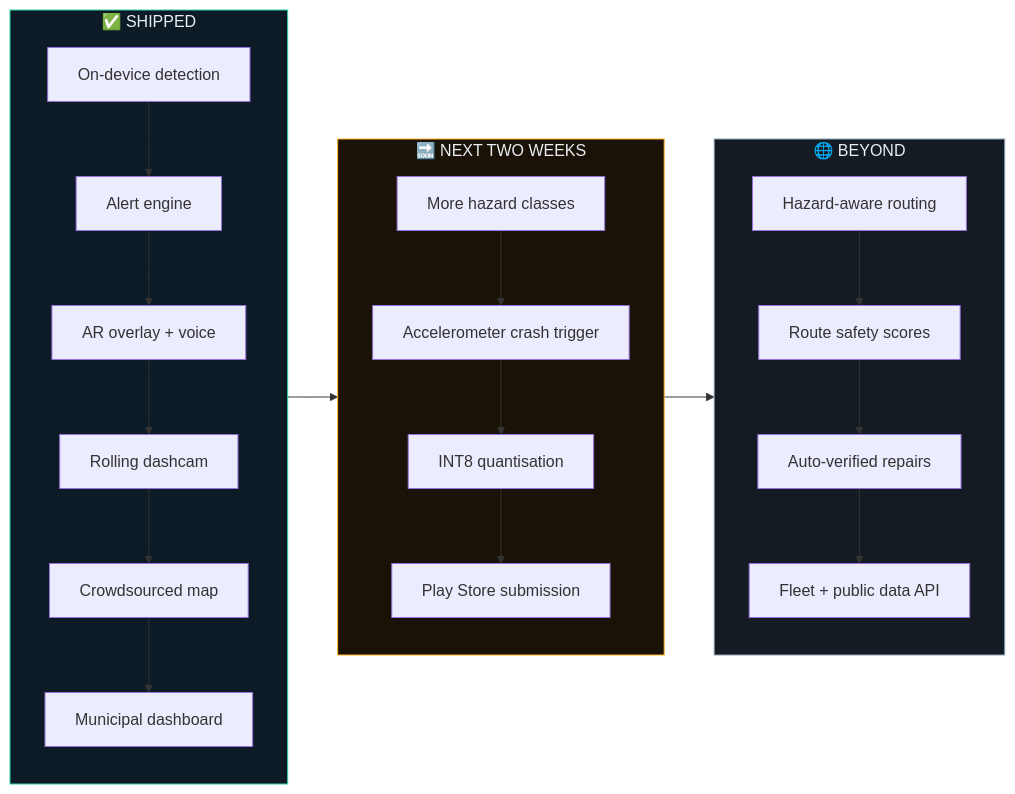
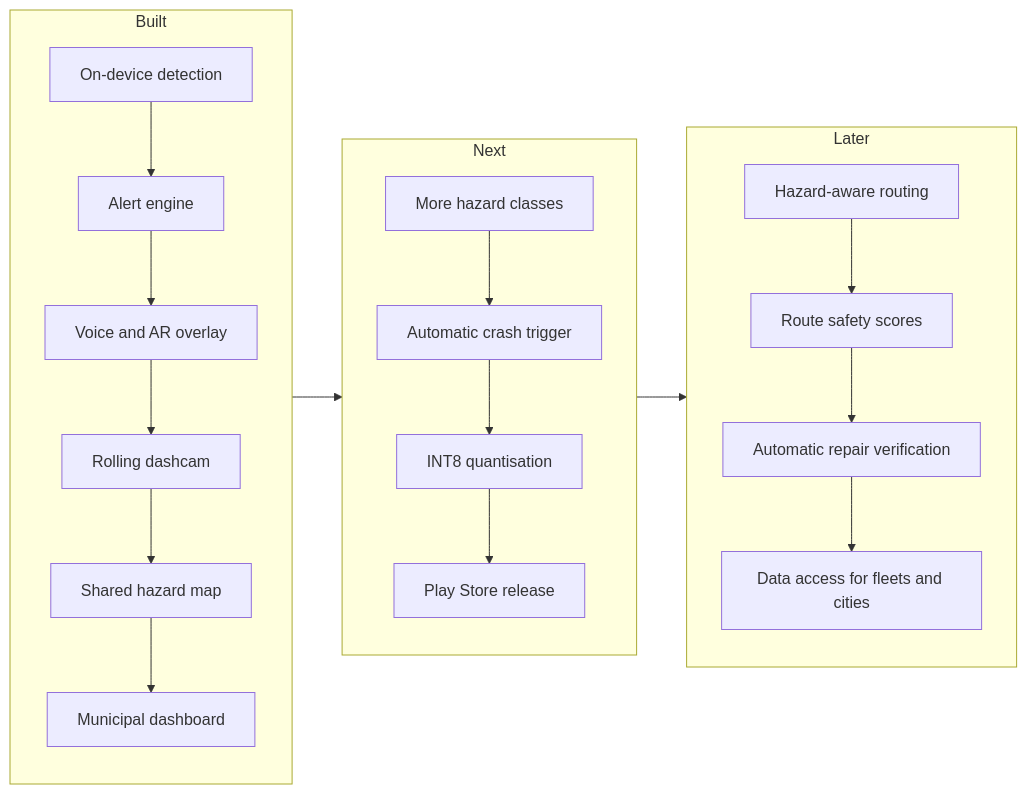
Before and after one commit to 4-thkind/DelhiJalNav: the seventh of 7 diagrams in README.md, drawn with Mermaid. The commit also changed other lines of this file, not shown here.

````diff
--- a/README.md
+++ b/README.md
@@ -560,26 +307,22 @@
 ```mermaid
 flowchart LR
-    subgraph DONE["✅ SHIPPED"]
+    subgraph DONE["Built"]
         direction TB
-        D1["On-device detection"] --> D2["Alert engine"] --> D3["AR overlay + voice"]
-        D3 --> D4["Rolling dashcam"] --> D5["Crowdsourced map"] --> D6["Municipal dashboard"]
+        D1["On-device detection"] --> D2["Alert engine"] --> D3["Voice and AR overlay"]
+        D3 --> D4["Rolling dashcam"] --> D5["Shared hazard map"] --> D6["Municipal dashboard"]
     end
 
-    subgraph NEXT["🔜 NEXT TWO WEEKS"]
+    subgraph NEXT["Next"]
         direction TB
-        N1["More hazard classes"] --> N2["Accelerometer crash trigger"]
-        N2 --> N3["INT8 quantisation"] --> N4["Play Store submission"]
+        N1["More hazard classes"] --> N2["Automatic crash trigger"]
+        N2 --> N3["INT8 quantisation"] --> N4["Play Store release"]
     end
 
-    subgraph LATER["🌐 BEYOND"]
+    subgraph LATER["Later"]
         direction TB
         L1["Hazard-aware routing"] --> L2["Route safety scores"]
-        L2 --> L3["Auto-verified repairs"] --> L4["Fleet + public data API"]
+        L2 --> L3["Automatic repair verification"] --> L4["Data access for fleets and cities"]
     end
 
     DONE --> NEXT --> LATER
-
-    style DONE fill:#0d1b26,stroke:#35d0a5,color:#e8eef4
-    style NEXT fill:#1a1206,stroke:#ffb020,color:#e8eef4
-    style LATER fill:#141b23,stroke:#8fa3b5,color:#e8eef4
 ```
````
